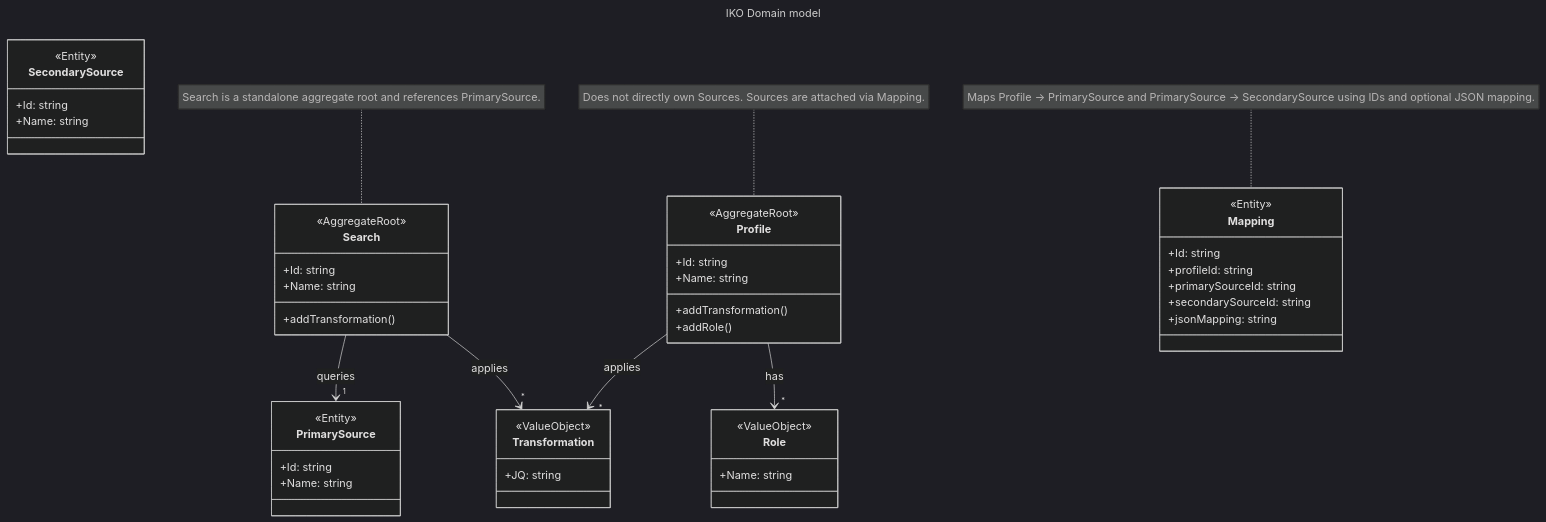
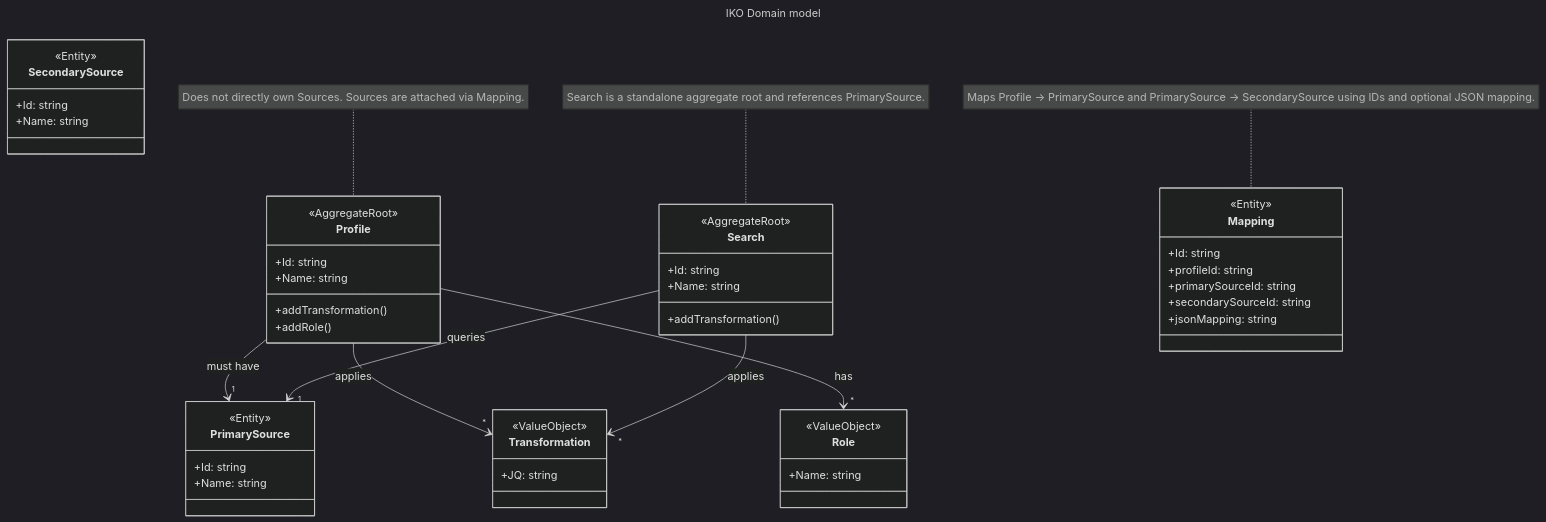
One commit to Integraal-Klant-en-Objectbeeld/iko changed the diagram in domain.mmd. Above: the diagram before and after it, drawn with Mermaid (dark theme).

Commit message:
added domain model

```diff
--- a/domain.mmd
+++ b/domain.mmd
@@ -1,79 +1,80 @@
 ---
 title: IKO Domain model
 ---
 classDiagram
 note for Mapping "Maps Profile → PrimarySource and PrimarySource → SecondarySource using IDs and optional JSON mapping."
 note for Search "Search is a standalone aggregate root and references PrimarySource."
 note for Profile "Does not directly own Sources. Sources are attached via Mapping."
 
 class Profile {
 +Id: string
 +Name: string
 +addTransformation()
 +addRole()
     }
 
 class Role {
 +Name: string
 }
 
 class Transformation {
 +JQ: string
 }
 
 class Search {
 +Id: string
 +Name: string
 +addTransformation()
 }
 
 class Mapping {
 +Id: string
 +profileId: string
 +primarySourceId: string
 +secondarySourceId: string
 +jsonMapping: string
 }
 
 class PrimarySource {
 +Id: string
 +Name: string
     }
 
 class SecondarySource {
 +Id: string
 +Name: string
     }
 
 Profile --> "*" Transformation : applies
 Profile --> "*" Role : has
+Profile --> "1" PrimarySource : must have
 Search --> "1" PrimarySource : queries
 Search --> "*" Transformation : applies
 
 class Profile {
 <<AggregateRoot>>
 }
 
 class Search {
 <<AggregateRoot>>
 }
 
 class Transformation {
 <<ValueObject>>
 }
 
 class Role {
 <<ValueObject>>
 }
 
 class Mapping {
 <<Entity>>
 }
 
 class PrimarySource {
 <<Entity>>
 }
 
 class SecondarySource {
 <<Entity>>
 }
```
